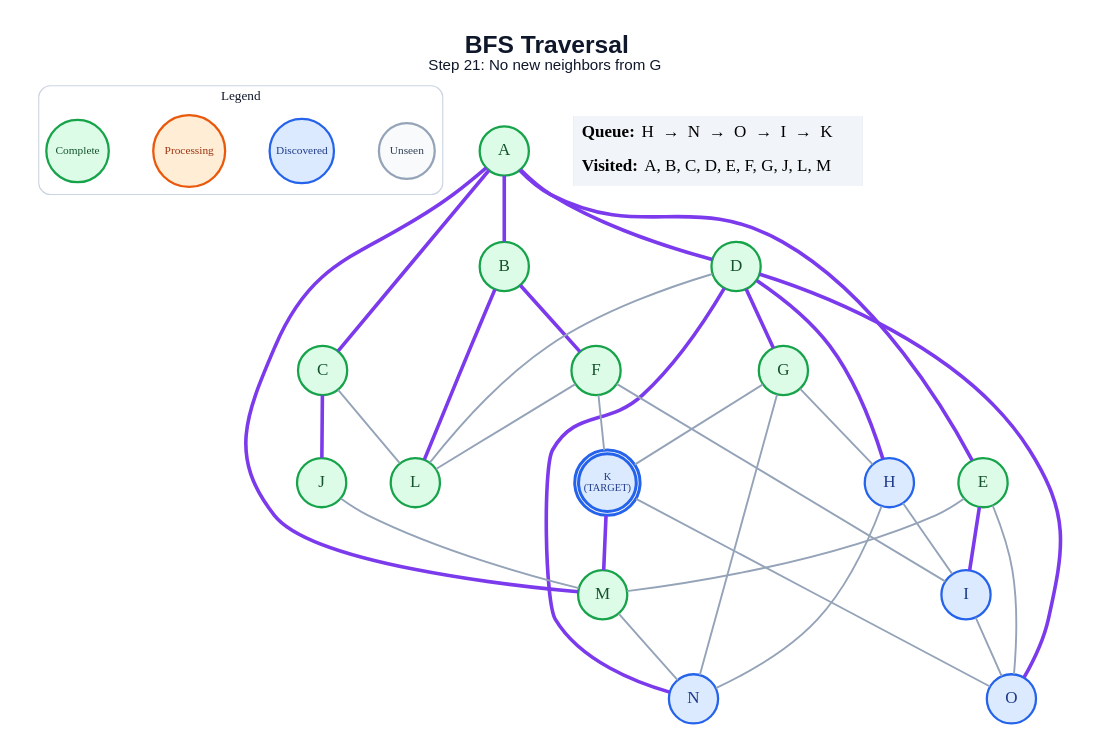
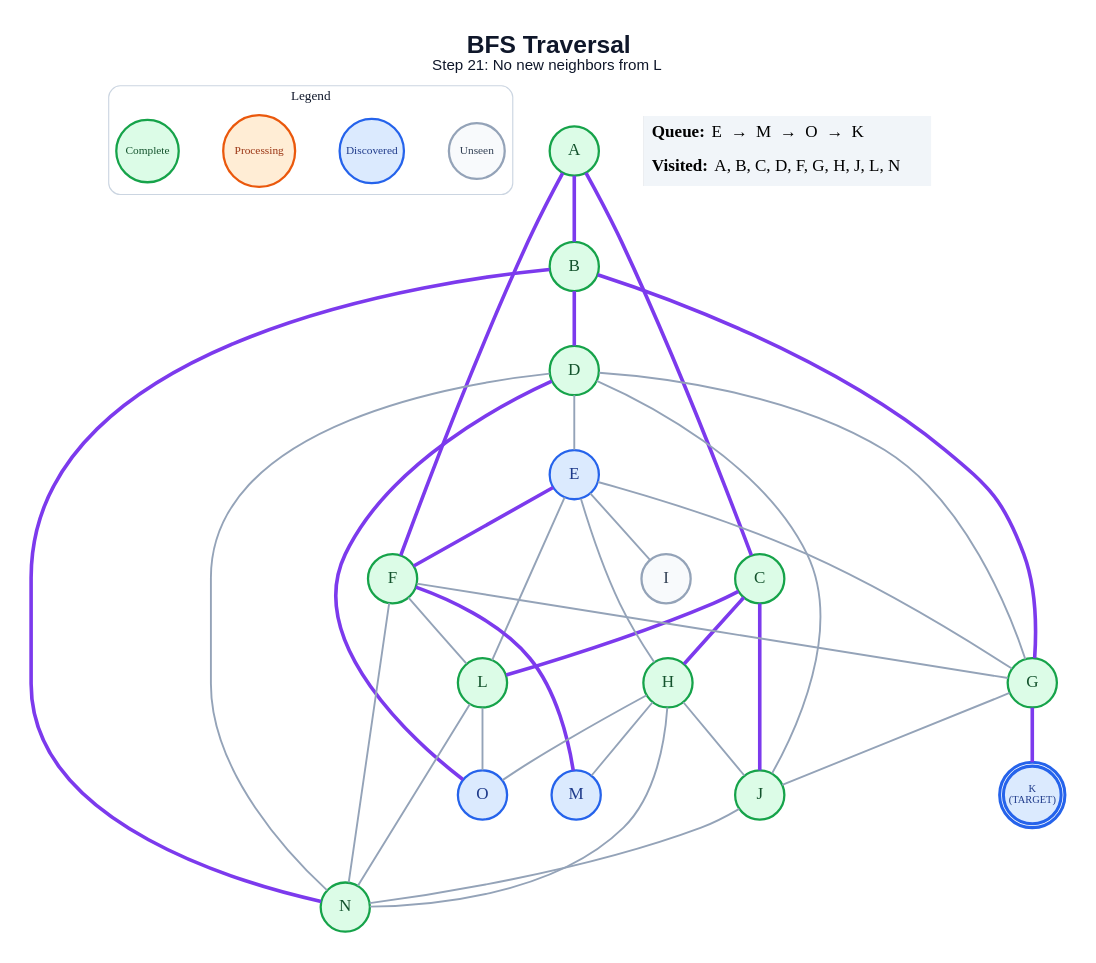
Before and after one commit to anon7238593-create/ai-slop: the diagram in generated/bfs/step_21.dot, drawn with Graphviz. The commit also changed 309 other files, not shown here.

```diff
--- a/generated/bfs/step_21.dot
+++ b/generated/bfs/step_21.dot
@@ -1,64 +1,66 @@
 graph traversal {
   graph [layout=dot, rankdir=TB, bgcolor="#FFFFFF", pad="0.35", nodesep="0.65", ranksep="0.8", fontname="Arial"];
   node [shape=circle, style="filled", fontname="Arial Bold", fontsize=18, width=0.72, fixedsize=true, penwidth=2.4];
   edge [color="#94A3B8", penwidth=2.0];
-  label=<<B>BFS Traversal</B><BR/><FONT POINT-SIZE="16">Step 21: No new neighbors from G</FONT>>; labelloc="t"; fontsize=26; fontname="Arial"; fontcolor="#0F172A";
+  label=<<B>BFS Traversal</B><BR/><FONT POINT-SIZE="16">Step 21: No new neighbors from L</FONT>>; labelloc="t"; fontsize=26; fontname="Arial"; fontcolor="#0F172A";
   subgraph cluster_legend { label="Legend"; color="#CBD5E1"; penwidth=1.2; style="rounded"; fontsize=14; fontname="Arial Bold";
     key_unseen [label="Unseen", fillcolor="#F8FAFC", color="#94A3B8", fontcolor="#334155", fontsize=12, width=0.82];
     key_frontier [label="Discovered", fillcolor="#DBEAFE", color="#2563EB", fontcolor="#1E3A8A", fontsize=12, width=0.95];
     key_current [label="Processing", fillcolor="#FFEDD5", color="#EA580C", fontcolor="#9A3412", fontsize=12, width=1.05];
     key_done [label="Complete", fillcolor="#DCFCE7", color="#16A34A", fontcolor="#14532D", fontsize=12, width=0.92];
     { rank=same; key_unseen; key_frontier; key_current; key_done; }
   }
   A [label="A", fillcolor="#DCFCE7", color="#16A34A", fontcolor="#14532D", peripheries=1, penwidth=2.4];
   B [label="B", fillcolor="#DCFCE7", color="#16A34A", fontcolor="#14532D", peripheries=1, penwidth=2.4];
   C [label="C", fillcolor="#DCFCE7", color="#16A34A", fontcolor="#14532D", peripheries=1, penwidth=2.4];
   D [label="D", fillcolor="#DCFCE7", color="#16A34A", fontcolor="#14532D", peripheries=1, penwidth=2.4];
-  E [label="E", fillcolor="#DCFCE7", color="#16A34A", fontcolor="#14532D", peripheries=1, penwidth=2.4];
+  E [label="E", fillcolor="#DBEAFE", color="#2563EB", fontcolor="#1E3A8A", peripheries=1, penwidth=2.4];
   F [label="F", fillcolor="#DCFCE7", color="#16A34A", fontcolor="#14532D", peripheries=1, penwidth=2.4];
   G [label="G", fillcolor="#DCFCE7", color="#16A34A", fontcolor="#14532D", peripheries=1, penwidth=2.4];
-  H [label="H", fillcolor="#DBEAFE", color="#2563EB", fontcolor="#1E3A8A", peripheries=1, penwidth=2.4];
-  I [label="I", fillcolor="#DBEAFE", color="#2563EB", fontcolor="#1E3A8A", peripheries=1, penwidth=2.4];
+  H [label="H", fillcolor="#DCFCE7", color="#16A34A", fontcolor="#14532D", peripheries=1, penwidth=2.4];
+  I [label="I", fillcolor="#F8FAFC", color="#94A3B8", fontcolor="#334155", peripheries=1, penwidth=2.4];
   J [label="J", fillcolor="#DCFCE7", color="#16A34A", fontcolor="#14532D", peripheries=1, penwidth=2.4];
   K [label="K\n(TARGET)", fillcolor="#DBEAFE", color="#2563EB", fontcolor="#1E3A8A", peripheries=2, penwidth=3.2, fontsize=11, width=0.85, height=0.85];
   L [label="L", fillcolor="#DCFCE7", color="#16A34A", fontcolor="#14532D", peripheries=1, penwidth=2.4];
-  M [label="M", fillcolor="#DCFCE7", color="#16A34A", fontcolor="#14532D", peripheries=1, penwidth=2.4];
-  N [label="N", fillcolor="#DBEAFE", color="#2563EB", fontcolor="#1E3A8A", peripheries=1, penwidth=2.4];
+  M [label="M", fillcolor="#DBEAFE", color="#2563EB", fontcolor="#1E3A8A", peripheries=1, penwidth=2.4];
+  N [label="N", fillcolor="#DCFCE7", color="#16A34A", fontcolor="#14532D", peripheries=1, penwidth=2.4];
   O [label="O", fillcolor="#DBEAFE", color="#2563EB", fontcolor="#1E3A8A", peripheries=1, penwidth=2.4];
   A -- B [color="#7C3AED", penwidth=3.8];
   A -- C [color="#7C3AED", penwidth=3.8];
-  A -- D [color="#7C3AED", penwidth=3.8];
-  A -- E [color="#7C3AED", penwidth=3.8];
-  A -- M [color="#7C3AED", penwidth=3.8];
-  B -- F [color="#7C3AED", penwidth=3.8];
-  B -- L [color="#7C3AED", penwidth=3.8];
+  A -- F [color="#7C3AED", penwidth=3.8];
+  B -- D [color="#7C3AED", penwidth=3.8];
+  B -- G [color="#7C3AED", penwidth=3.8];
+  B -- N [color="#7C3AED", penwidth=3.8];
+  C -- H [color="#7C3AED", penwidth=3.8];
   C -- J [color="#7C3AED", penwidth=3.8];
-  C -- L;
-  D -- G [color="#7C3AED", penwidth=3.8];
-  D -- H [color="#7C3AED", penwidth=3.8];
-  D -- L;
-  D -- N [color="#7C3AED", penwidth=3.8];
+  C -- L [color="#7C3AED", penwidth=3.8];
+  D -- E;
+  D -- G;
+  D -- J;
+  D -- N;
   D -- O [color="#7C3AED", penwidth=3.8];
-  E -- I [color="#7C3AED", penwidth=3.8];
-  E -- M;
-  E -- O;
-  F -- I;
-  F -- K;
+  E -- F [color="#7C3AED", penwidth=3.8];
+  E -- G;
+  E -- H;
+  E -- I;
+  E -- L;
+  F -- G;
   F -- L;
-  G -- H;
-  G -- K;
-  G -- N;
-  H -- I;
+  F -- M [color="#7C3AED", penwidth=3.8];
+  F -- N;
+  G -- J;
+  G -- K [color="#7C3AED", penwidth=3.8];
+  H -- J;
+  H -- M;
   H -- N;
-  I -- O;
-  J -- M;
-  K -- M [color="#7C3AED", penwidth=3.8];
-  K -- O;
-  M -- N;
+  H -- O;
+  J -- N;
+  L -- N;
+  L -- O;
   status [shape=plain, fixedsize=false, width=0, height=0, margin=0, label=<
     <TABLE BORDER="0" CELLBORDER="0" CELLPADDING="7" BGCOLOR="#F1F5F9">
-      <TR><TD ALIGN="LEFT"><B>Queue:</B> H  →  N  →  O  →  I  →  K</TD></TR>
-      <TR><TD ALIGN="LEFT"><B>Visited:</B> A, B, C, D, E, F, G, J, L, M</TD></TR>
+      <TR><TD ALIGN="LEFT"><B>Queue:</B> E  →  M  →  O  →  K</TD></TR>
+      <TR><TD ALIGN="LEFT"><B>Visited:</B> A, B, C, D, F, G, H, J, L, N</TD></TR>
     </TABLE>
   >];
 }
```
